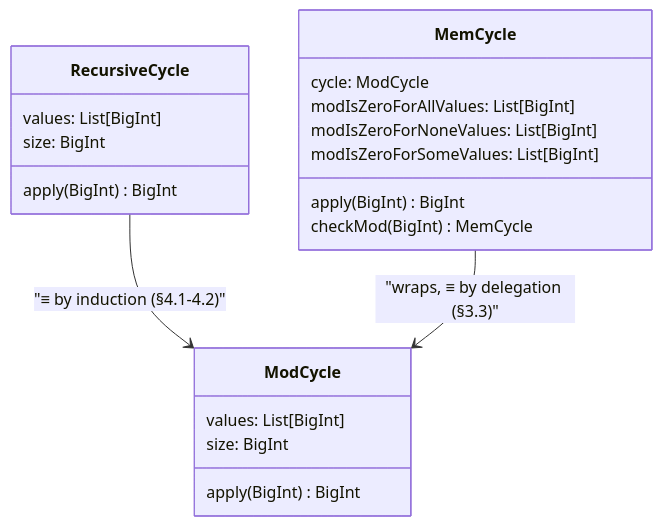
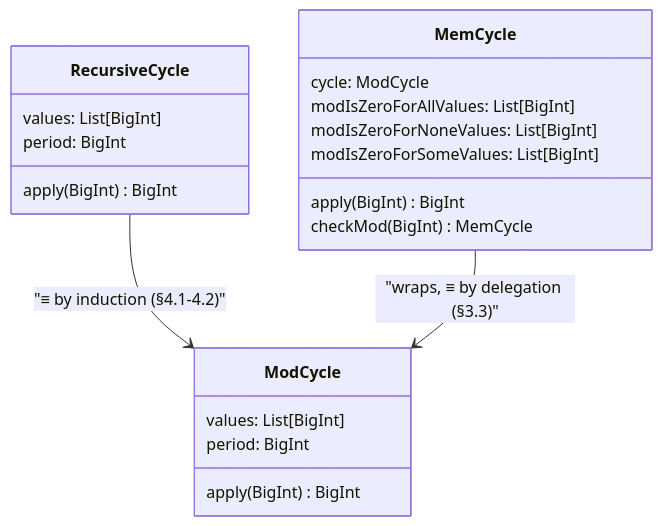
The diagram in articles/chapter4/cycle.md (thiagomata/prime-numbers), drawn with Mermaid before and after one commit. The commit also changed other lines of this file and 38 other files, not shown here.

````diff
--- a/articles/chapter4/cycle.md
+++ b/articles/chapter4/cycle.md
@@ -175,23 +175,23 @@
 ```mermaid
 classDiagram
     class MemCycle {
         cycle: ModCycle
         modIsZeroForAllValues: List[BigInt]
         modIsZeroForNoneValues: List[BigInt]
         modIsZeroForSomeValues: List[BigInt]
         apply(BigInt) BigInt
         checkMod(BigInt) MemCycle
     }
     class RecursiveCycle {
         values: List[BigInt]
-        size: BigInt
+        period: BigInt
         apply(BigInt) BigInt
     }
     class ModCycle {
         values: List[BigInt]
-        size: BigInt
+        period: BigInt
         apply(BigInt) BigInt
     }
     RecursiveCycle --> ModCycle : "≡ by induction (§4.1-4.2)"
     MemCycle --> ModCycle : "wraps, ≡ by delegation (§3.3)"
 ```
````
